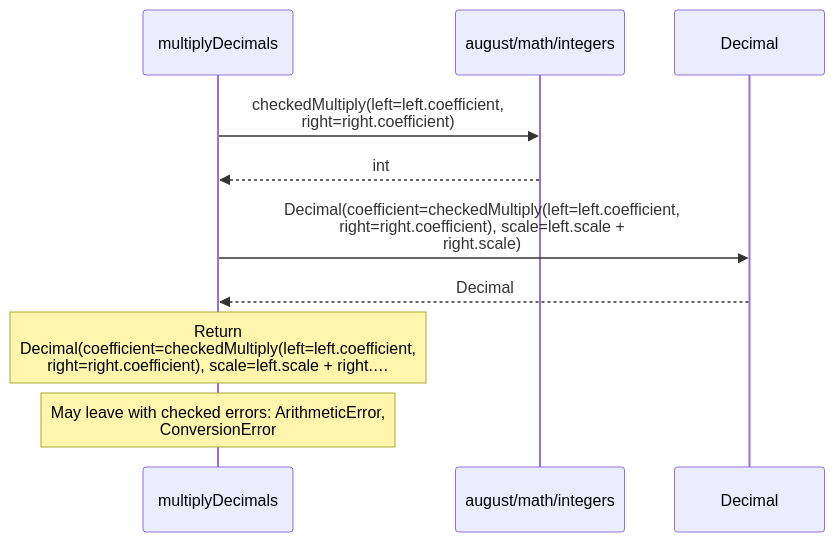
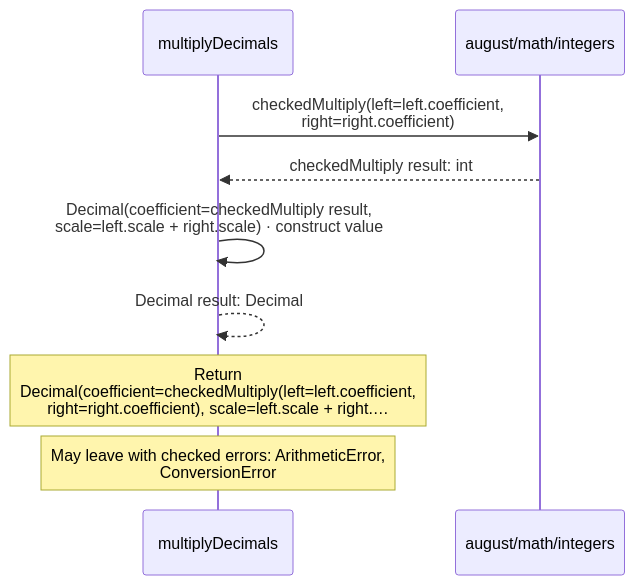
Before and after one commit to GreenPandaStudios/augscript: the eighth of 10 diagrams in src/stdlib/math/decimals.aug.diagrams.md, drawn with Mermaid. The commit also changed other lines of this file and 304 other files, not shown here.

Commit message:
Make generated data-flow sequences concise and review every diagram

````diff
--- a/src/stdlib/math/decimals.aug.diagrams.md
+++ b/src/stdlib/math/decimals.aug.diagrams.md
@@ -238,12 +242,11 @@
 ```mermaid
 sequenceDiagram
     participant p0 as multiplyDecimals
     participant p1 as august/math/integers
-    participant p2 as Decimal
     p0->>p1: checkedMultiply(left=left.coefficient,<br/>right=right.coefficient)
-    p1-->>p0: int
-    p0->>p2: Decimal(coefficient=checkedMultiply(left=left.coefficient,<br/>right=right.coefficient), scale=left.scale +<br/>right.scale)
-    p2-->>p0: Decimal
+    p1-->>p0: checkedMultiply result: int
+    p0->>p0: Decimal(coefficient=checkedMultiply result,<br/>scale=left.scale + right.scale) · construct value
+    p0-->>p0: Decimal result: Decimal
     Note over p0: Return<br/>Decimal(coefficient=checkedMultiply(left=left.coefficient,<br/>right=right.coefficient), scale=left.scale + right.…
     Note over p0: May leave with checked errors: ArithmeticError,<br/>ConversionError
 ```
````
